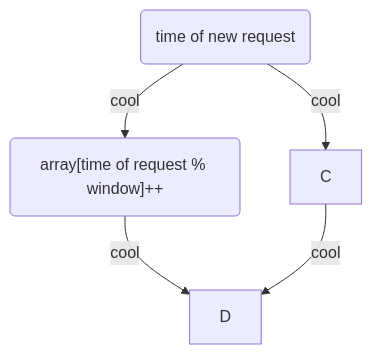
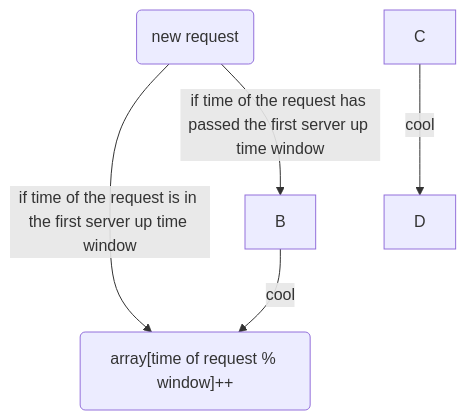
One commit to elahe-dastan/simplesurance-assignment changed the diagram in README.md. Above: the diagram before and after it, drawn with Mermaid.

Commit message:
chore: check mermaid in github

````diff
--- a/README.md
+++ b/README.md
@@ -64,7 +64,7 @@
 ```mermaid
 graph TD;
-    TimeOfNewRequest("time of new request") -->|cool| ArrayTimeOfRequest("array[time of request % window]++");
-    TimeOfNewRequest -->|cool| C;
-    ArrayTimeOfRequest -->|cool| D;
+    NewRequest("new request") -->|if time of the request is in the first server up time window| ArrayTimeOfRequest("array[time of request % window]++");
+    NewRequest("new request") -->|if time of the request has passed the first server up time window| B;
+    B -->|cool| ArrayTimeOfRequest("array[time of request % window]++");
     C -->|cool| D;
 ```
````
